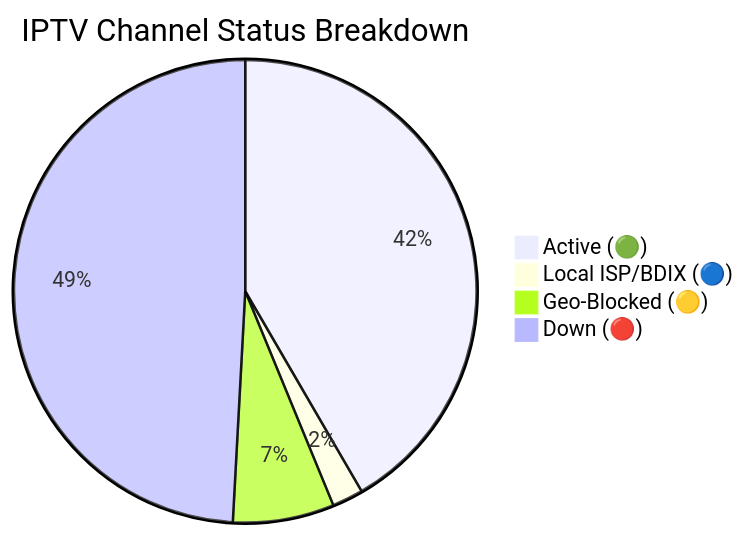
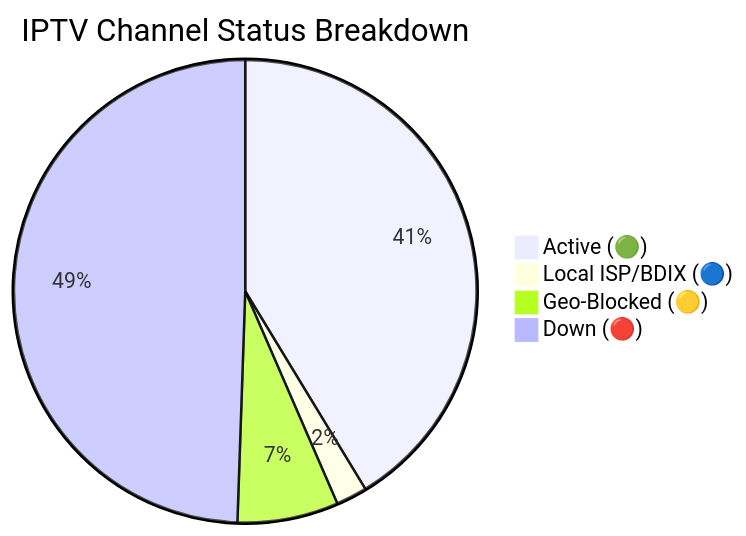
One commit to andreataylord/Ip-tv-Collection changed the diagram in README.md. Above: the diagram before and after it, drawn with Mermaid. The commit also changed other lines of this file and 1 other file, not shown here.

Commit message:
docs(readme): auto-update daily channel status chart

````diff
--- a/README.md
+++ b/README.md
@@ -59,7 +59,7 @@
 ```mermaid
 pie title IPTV Channel Status Breakdown
-    "Active (🟢)" : 3008
+    "Active (🟢)" : 2986
     "Local ISP/BDIX (🔵)" : 157
-    "Geo-Blocked (🟡)" : 511
-    "Down (🔴)" : 3552
+    "Geo-Blocked (🟡)" : 510
+    "Down (🔴)" : 3575
 ```
````
